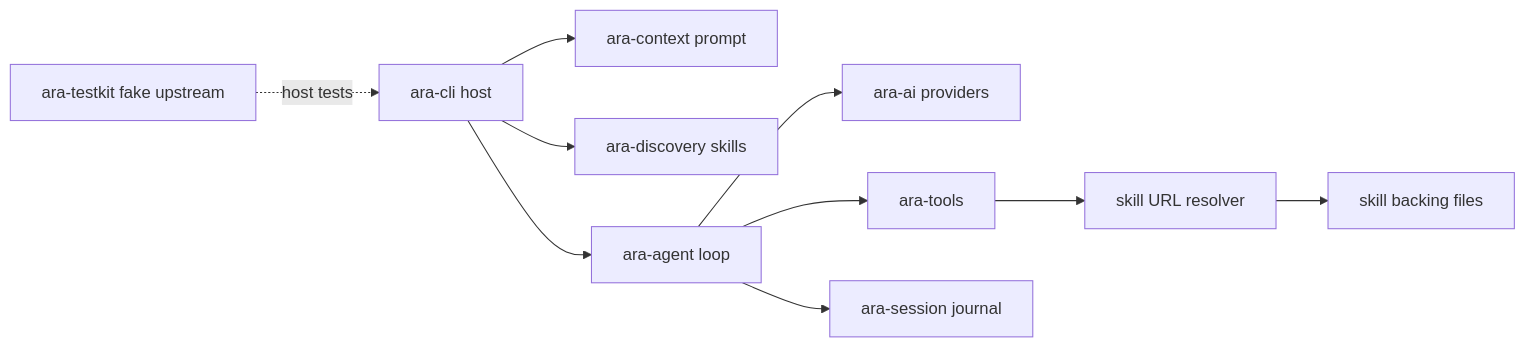
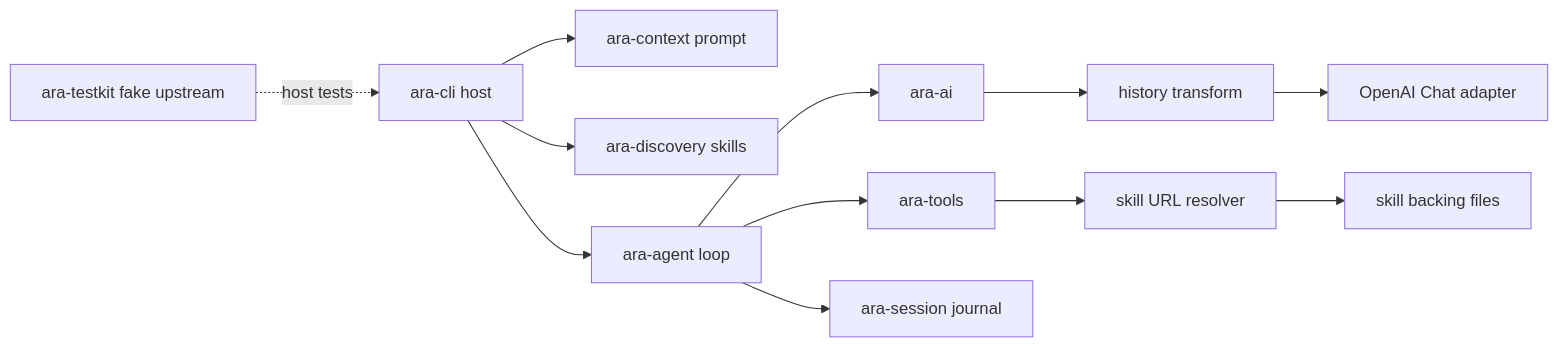
The diagram in docs/handoffs/2026-09-27.md (ZZray/ara), drawn with Mermaid before and after one commit. The commit also changed other lines of this file and 2 other files, not shown here.

````diff
--- a/docs/handoffs/2026-09-27.md
+++ b/docs/handoffs/2026-09-27.md
@@ -31,12 +32,14 @@
 ```mermaid
 flowchart LR
     CLI[ara-cli host] --> CTX[ara-context prompt]
     CLI --> DISC[ara-discovery skills]
     CLI --> AGT[ara-agent loop]
-    AGT --> AI[ara-ai providers]
+    AGT --> AI[ara-ai]
+    AI --> XFORM[history transform]
+    XFORM --> PROVIDER[OpenAI Chat adapter]
     AGT --> TOOLS[ara-tools]
     TOOLS --> URL[skill URL resolver]
     URL --> FS[skill backing files]
     AGT --> SES[ara-session journal]
     TK[ara-testkit fake upstream] -. host tests .-> CLI
 ```
````
